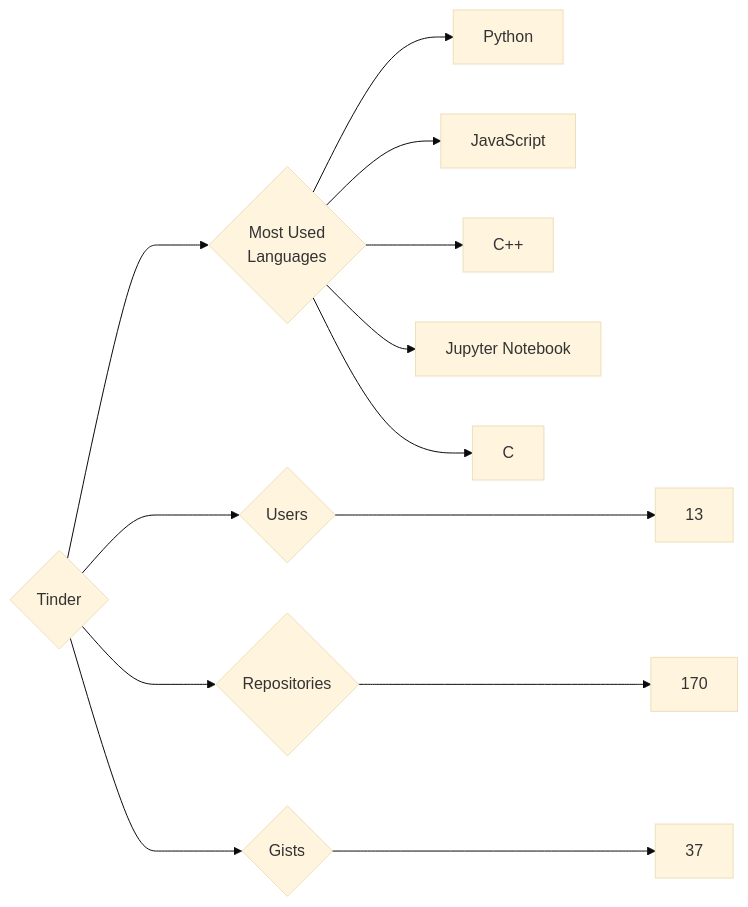
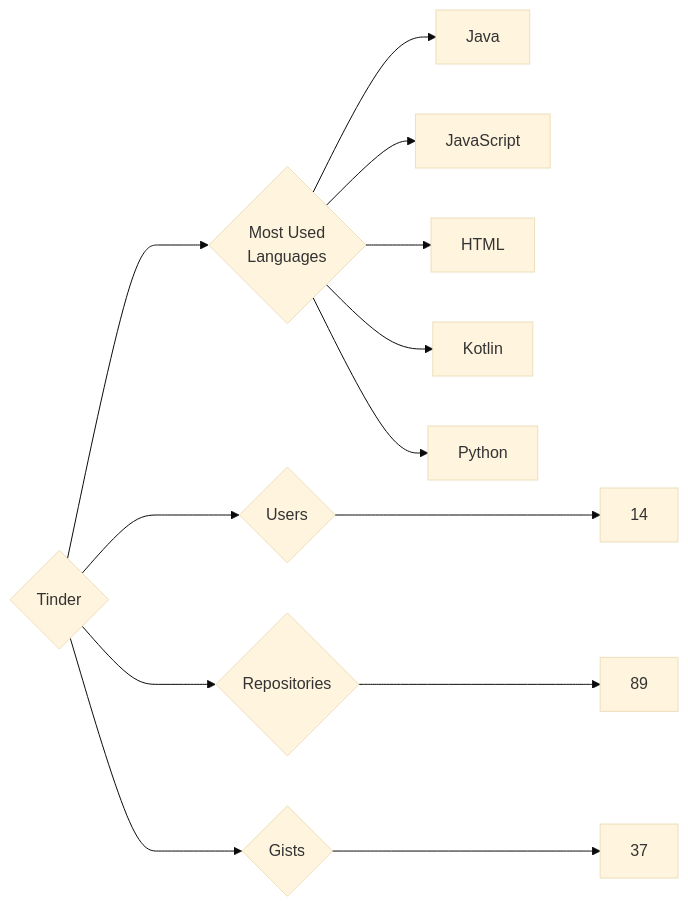
Before and after one commit to trickest/insiders: the diagram in targets/Tinder/README.md, drawn with Mermaid (base theme). The commit also changed 770 other files, not shown here.

````diff
--- a/targets/Tinder/README.md
+++ b/targets/Tinder/README.md
@@ -3,13 +3,13 @@
 ```mermaid
 graph LR
 COMPANY_NAME{Tinder}
-COMPANY_NAME ---> U{Users} ---> UN[13]
-COMPANY_NAME ---> R{Repositories} ---> RN[170]
+COMPANY_NAME ---> U{Users} ---> UN[14]
+COMPANY_NAME ---> R{Repositories} ---> RN[89]
 COMPANY_NAME ---> G{Gists} ---> GN[37]
 COMPANY_NAME ---> ML{Most Used<br>Languages}
+ML --> Java[Java]
+ML --> JavaScript[JavaScript]
+ML --> HTML[HTML]
+ML --> Kotlin[Kotlin]
 ML --> Python[Python]
-ML --> JavaScript[JavaScript]
-ML --> C++[C++]
-ML --> Jupyter_Notebook[Jupyter Notebook]
-ML --> C[C]
 ```
````
